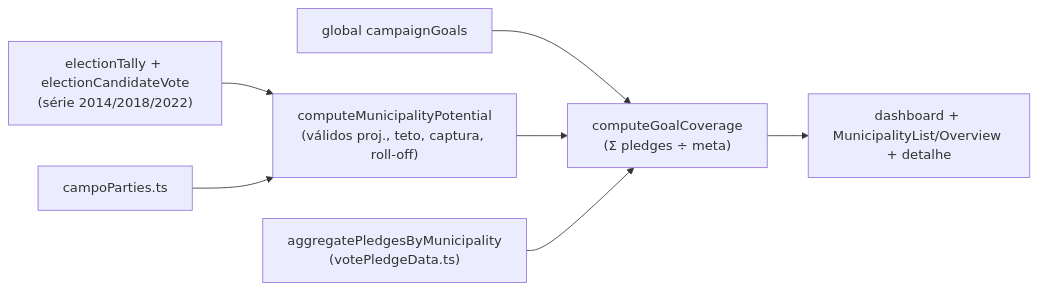
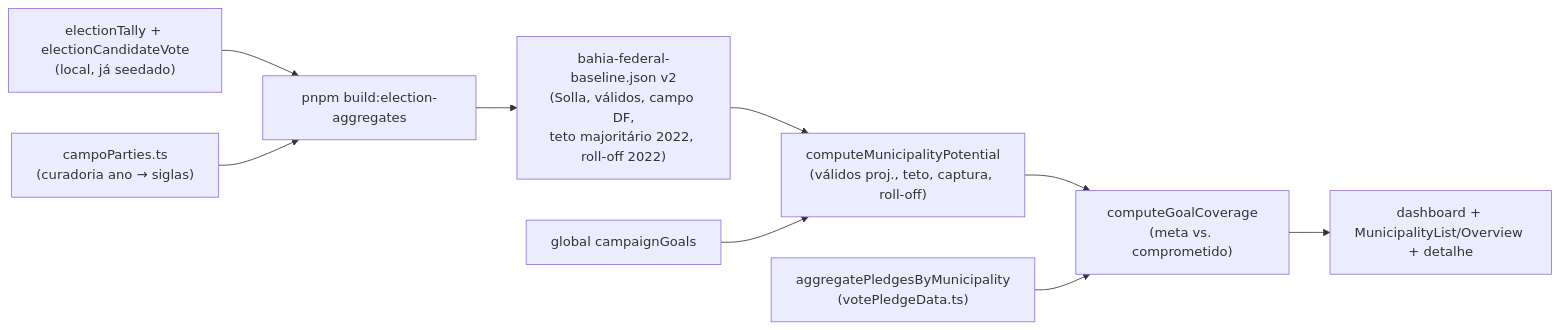
The diagram in docs/plans/conta-da-cadeira.md (fsolla/teqo), drawn with Mermaid before and after one commit. The commit also changed other lines of this file and 36 other files, not shown here.

````diff
--- a/docs/plans/conta-da-cadeira.md
+++ b/docs/plans/conta-da-cadeira.md
@@ -49,16 +77,20 @@
 ```mermaid
 flowchart LR
-    Tally["electionTally + electionCandidateVote<br/>(série 2014/2018/2022)"]
-    Campo["campoParties.ts"]
+    Seed["electionTally + electionCandidateVote<br/>(local, já seedado)"]
+    Campo["campoParties.ts<br/>(curadoria ano → siglas)"]
+    Build["pnpm build:election-aggregates"]
+    Artifact["bahia-federal-baseline.json v2<br/>(Solla, válidos, campo DF,<br/>teto majoritário 2022, roll-off 2022)"]
     Goals["global campaignGoals"]
     Pot["computeMunicipalityPotential<br/>(válidos proj., teto, captura, roll-off)"]
-    Cov["computeGoalCoverage<br/>(Σ pledges ÷ meta)"]
+    Cov["computeGoalCoverage<br/>(meta vs. comprometido)"]
     Pledges["aggregatePledgesByMunicipality<br/>(votePledgeData.ts)"]
     UI["dashboard + MunicipalityList/Overview + detalhe"]
-    Tally --> Pot
-    Campo --> Pot
-    Goals --> Cov
+    Seed --> Build
+    Campo --> Build
+    Build --> Artifact
+    Artifact --> Pot
+    Goals --> Pot
     Pot --> Cov
     Pledges --> Cov
     Cov --> UI
 ```
````
